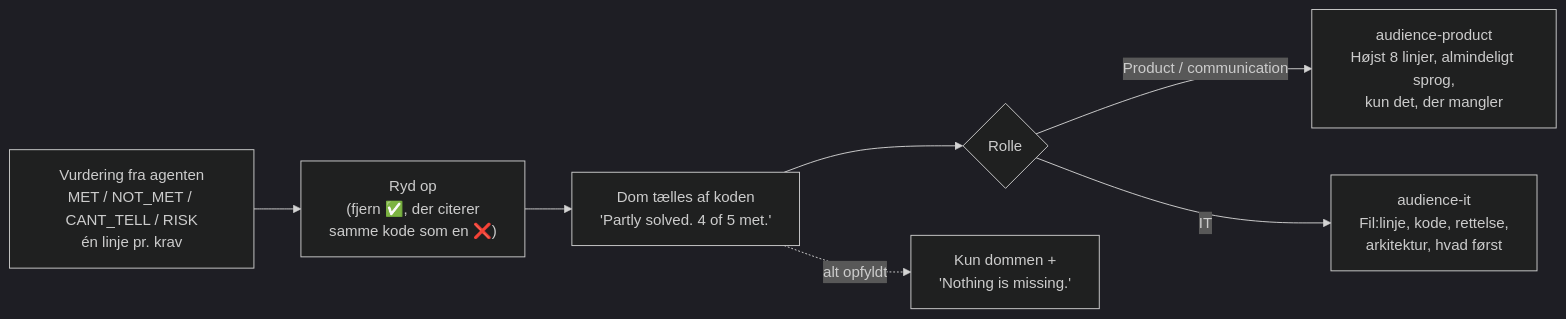
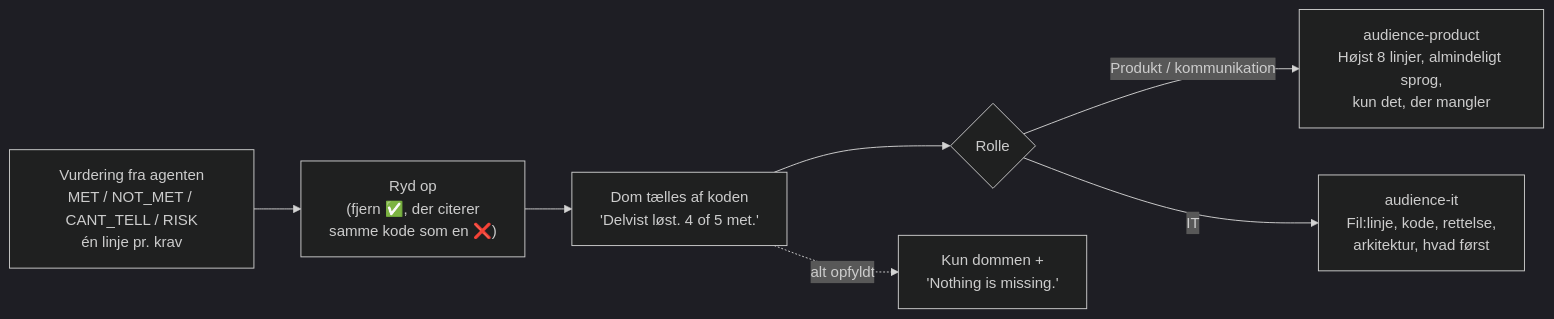
Before and after one commit to AlexanderThomsen0339/agent-anatomy-poc: the sixth of 10 diagrams in AIPlatform/DEMO.md, drawn with Mermaid (dark theme). The commit also changed other lines of this file and 5 other files, not shown here.

````diff
--- a/AIPlatform/DEMO.md
+++ b/AIPlatform/DEMO.md
@@ -188,9 +188,9 @@
 ```mermaid
 flowchart LR
     A["Vurdering fra agenten<br/>MET / NOT_MET / CANT_TELL / RISK<br/>én linje pr. krav"] --> CLEAN["Ryd op<br/>(fjern ✅, der citerer<br/>samme kode som en ❌)"]
-    CLEAN --> V["Dom tælles af koden<br/>'Partly solved. 4 of 5 met.'"]
+    CLEAN --> V["Dom tælles af koden<br/>'Delvist løst. 4 of 5 met.'"]
     V --> ROLE{"Rolle"}
-    ROLE -->|Product / communication| P["audience-product<br/>Højst 8 linjer, almindeligt sprog,<br/>kun det, der mangler"]
+    ROLE -->|Produkt / kommunikation| P["audience-product<br/>Højst 8 linjer, almindeligt sprog,<br/>kun det, der mangler"]
     ROLE -->|IT| I["audience-it<br/>Fil:linje, kode, rettelse,<br/>arkitektur, hvad først"]
     V -.->|alt opfyldt| N["Kun dommen +<br/>'Nothing is missing.'"]
 ```
````
